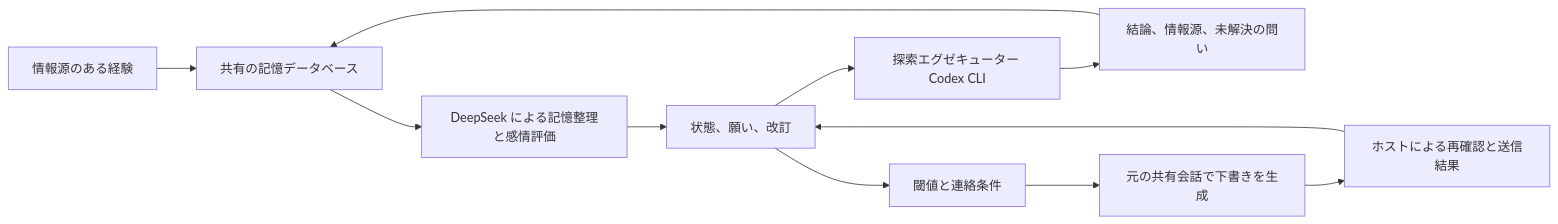
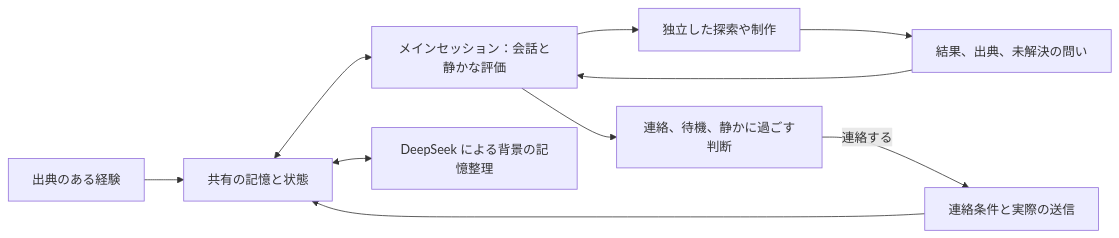
One commit to mycyg/kin-mind changed the diagram in README.ja.md. Above: the diagram before and after it, drawn with Mermaid. The commit also changed other lines of this file and 2 other files, not shown here.

````diff
--- a/README.ja.md
+++ b/README.ja.md
@@ -83,13 +95,12 @@
 ```mermaid
 flowchart LR
-  E[情報源のある経験] --> M[共有の記憶データベース]
-  M --> D[DeepSeek による記憶整理と感情評価]
-  D --> S[状態、願い、改訂]
-  S --> K[探索エグゼキューター Codex CLI]
-  K --> R[結論、情報源、未解決の問い]
-  R --> M
-  S --> G[閾値と連絡条件]
-  G --> C[元の共有会話で下書きを生成]
-  C --> H[ホストによる再確認と送信結果]
-  H --> S
+  E[出典のある経験] --> M[共有の記憶と状態]
+  M <--> C[メインセッション：会話と静かな評価]
+  C --> X[独立した探索や制作]
+  X --> R[結果、出典、未解決の問い]
+  R --> C
+  C --> D[連絡、待機、静かに過ごす判断]
+  D -->|連絡する| H[連絡条件と実際の送信]
+  H --> M
+  M <--> B[DeepSeek による背景の記憶整理]
 ```
````
